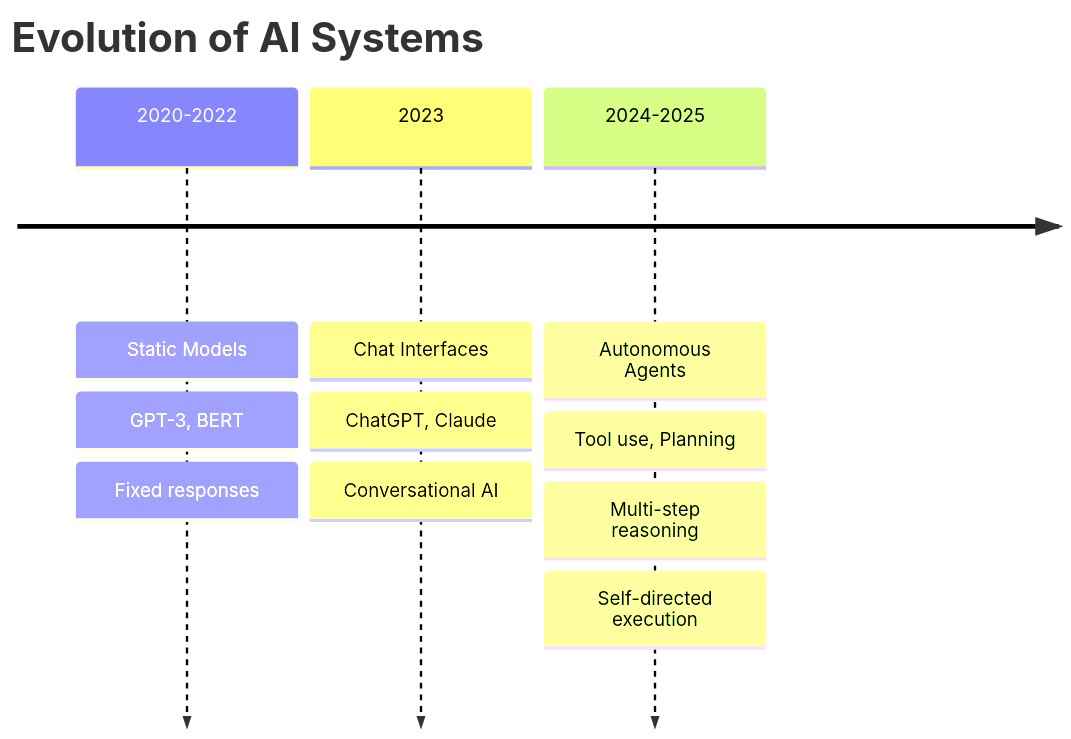
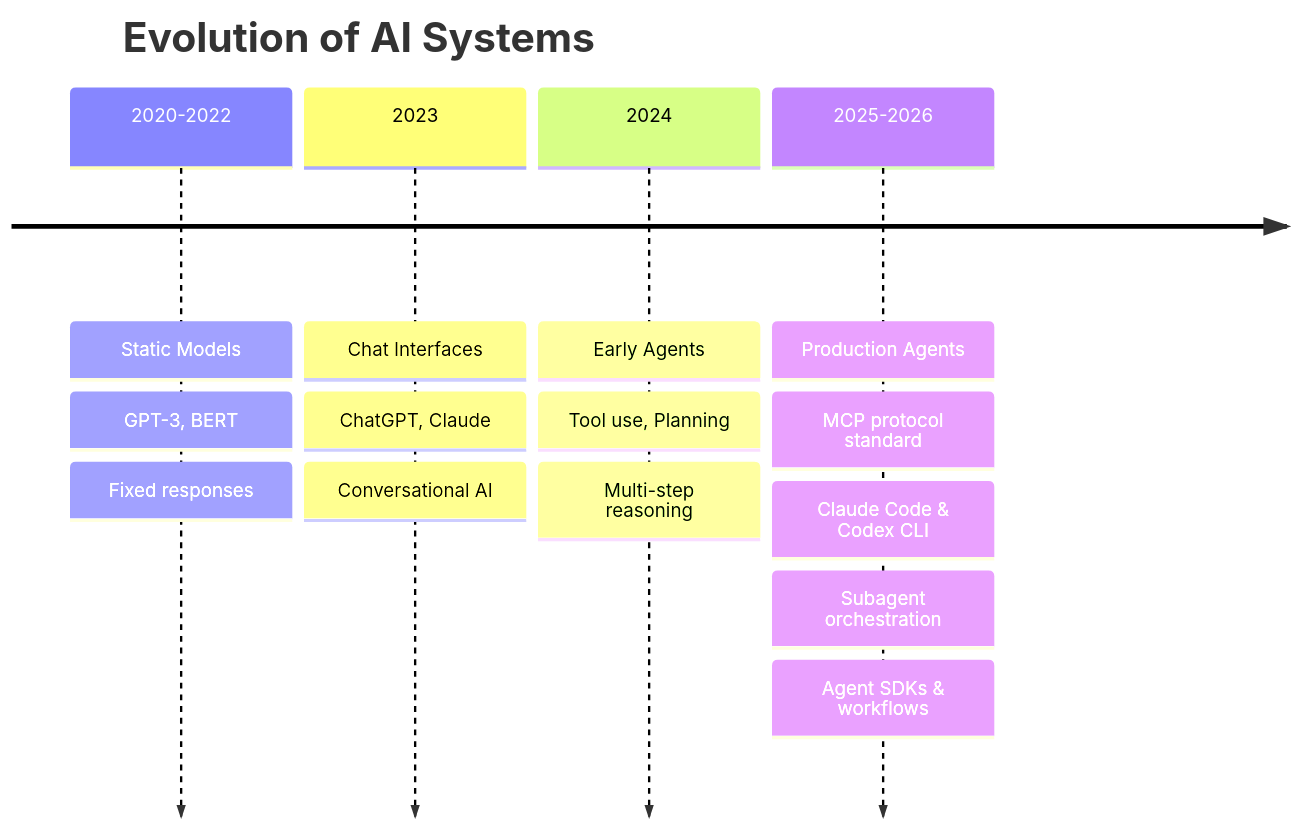
The first of 5 diagrams in public/data/workshops/workshop-04-morning-ai-agents/00_introduction.md (DreamLab-AI/dreamlab-ai-website), drawn with Mermaid before and after one commit. The commit also changed other lines of this file and 111 other files, not shown here.

First line of the commit message:
feat(workshops): comprehensive 2026 update + Docker & Claude Code deep dives

````diff
--- a/public/data/workshops/workshop-04-morning-ai-agents/00_introduction.md
+++ b/public/data/workshops/workshop-04-morning-ai-agents/00_introduction.md
@@ -9,14 +9,18 @@
 ```mermaid
 timeline
     title Evolution of AI Systems
     2020-2022 : Static Models
               : GPT-3, BERT
               : Fixed responses
     2023 : Chat Interfaces
          : ChatGPT, Claude
          : Conversational AI
-    2024-2025 : Autonomous Agents
-              : Tool use, Planning
-              : Multi-step reasoning
-              : Self-directed execution
+    2024 : Early Agents
+         : Tool use, Planning
+         : Multi-step reasoning
+    2025-2026 : Production Agents
+              : MCP protocol standard
+              : Claude Code & Codex CLI
+              : Subagent orchestration
+              : Agent SDKs & workflows
 ```
````
